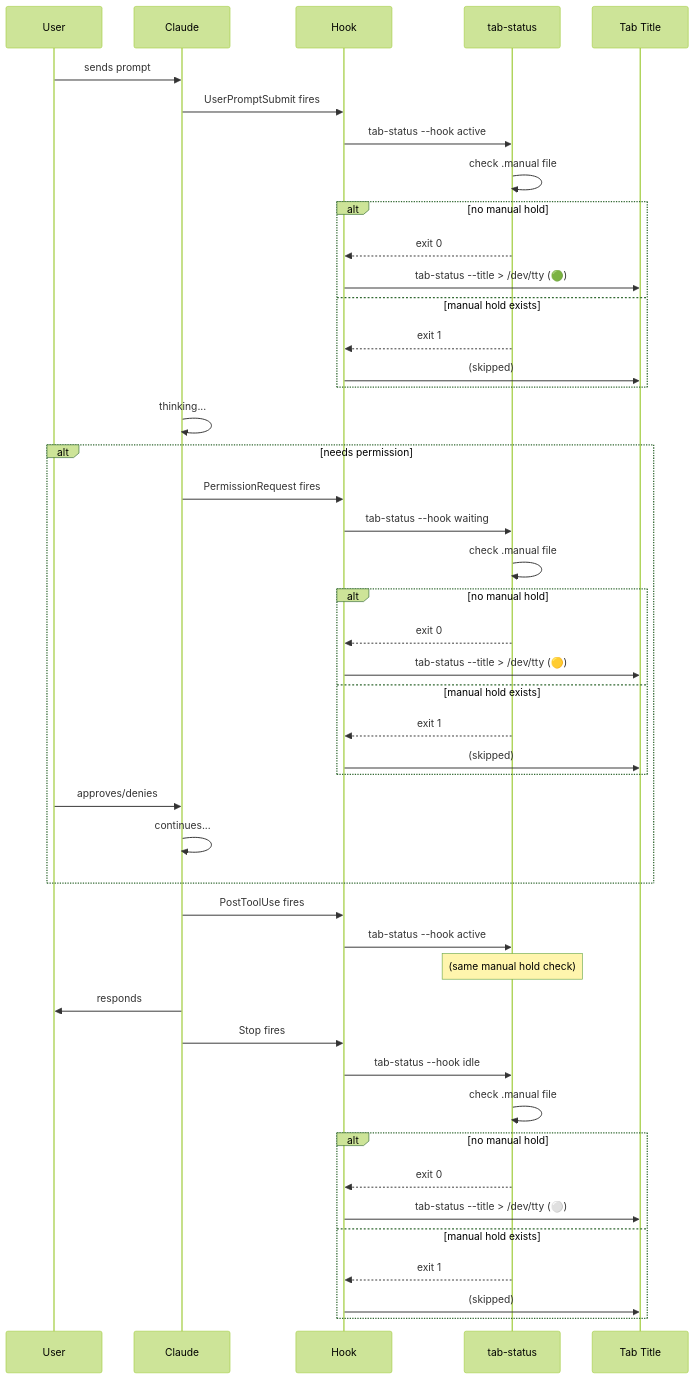
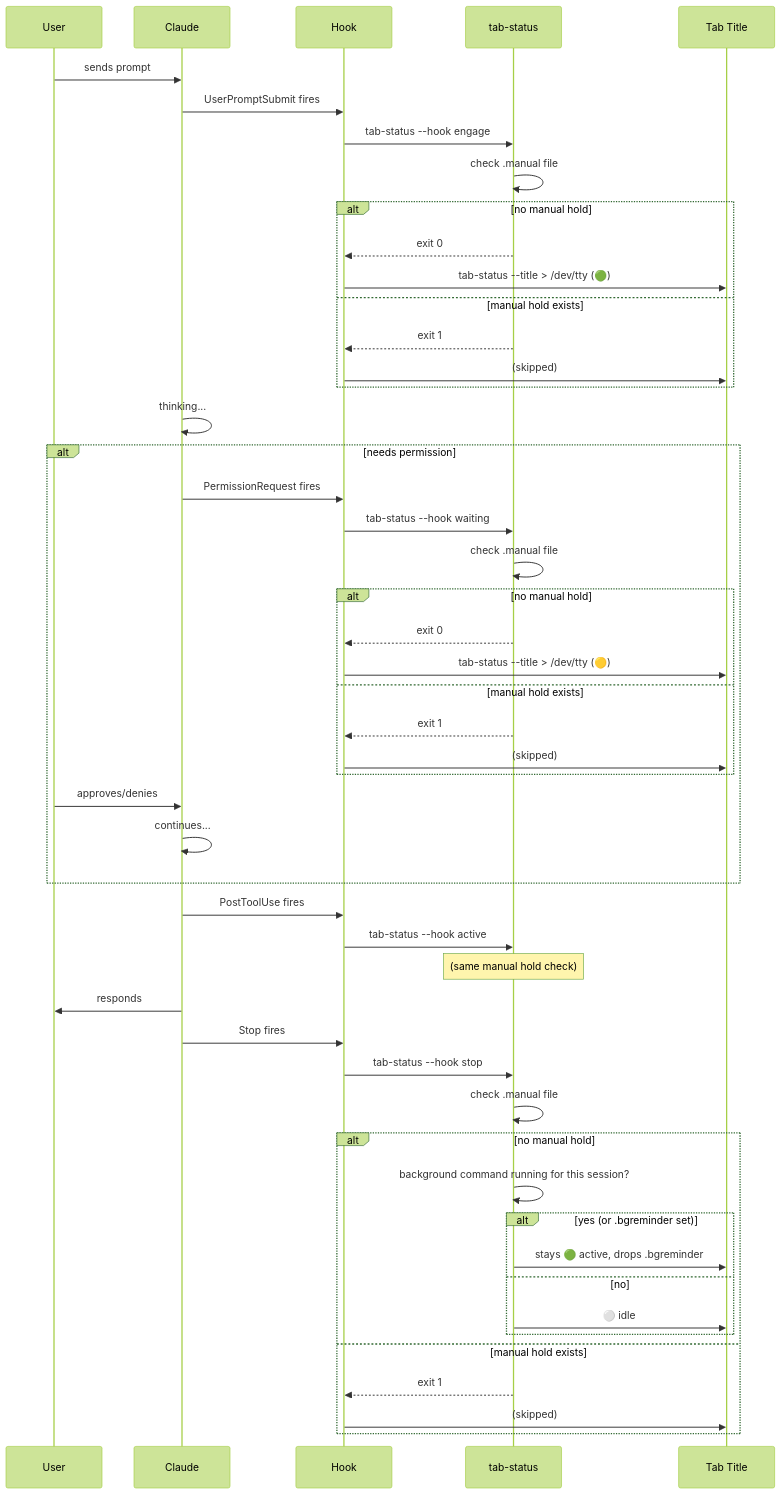
The first of 3 diagrams in tab-status/tab-status.md (chrismo/claude-rig), drawn with Mermaid (forest theme) before and after one commit. The commit also changed other lines of this file and 4 other files, not shown here.

First line of the commit message:
tab-status: keep tab green when a background command is still cooking

````diff
--- a/tab-status/tab-status.md
+++ b/tab-status/tab-status.md
@@ -17,49 +17,53 @@
 ```mermaid
 sequenceDiagram
     participant U as User
     participant C as Claude
     participant H as Hook
     participant TS as tab-status
     participant T as Tab Title
 
     U->>C: sends prompt
     C->>H: UserPromptSubmit fires
-    H->>TS: tab-status --hook active
+    H->>TS: tab-status --hook engage
     TS->>TS: check .manual file
     alt no manual hold
         TS-->>H: exit 0
         H->>T: tab-status --title > /dev/tty (🟢)
     else manual hold exists
         TS-->>H: exit 1
         H->>T: (skipped)
     end
     C->>C: thinking...
     alt needs permission
         C->>H: PermissionRequest fires
         H->>TS: tab-status --hook waiting
         TS->>TS: check .manual file
         alt no manual hold
             TS-->>H: exit 0
             H->>T: tab-status --title > /dev/tty (🟡)
         else manual hold exists
             TS-->>H: exit 1
             H->>T: (skipped)
         end
         U->>C: approves/denies
         C->>C: continues...
     end
     C->>H: PostToolUse fires
     H->>TS: tab-status --hook active
     Note over TS: (same manual hold check)
     C->>U: responds
     C->>H: Stop fires
-    H->>TS: tab-status --hook idle
+    H->>TS: tab-status --hook stop
     TS->>TS: check .manual file
     alt no manual hold
-        TS-->>H: exit 0
-        H->>T: tab-status --title > /dev/tty (⚪)
+        TS->>TS: background command running for this session?
+        alt yes (or .bgreminder set)
+            TS->>T: stays 🟢 active, drops .bgreminder
+        else no
+            TS->>T: ⚪ idle
+        end
     else manual hold exists
         TS-->>H: exit 1
         H->>T: (skipped)
     end
 ```
````
